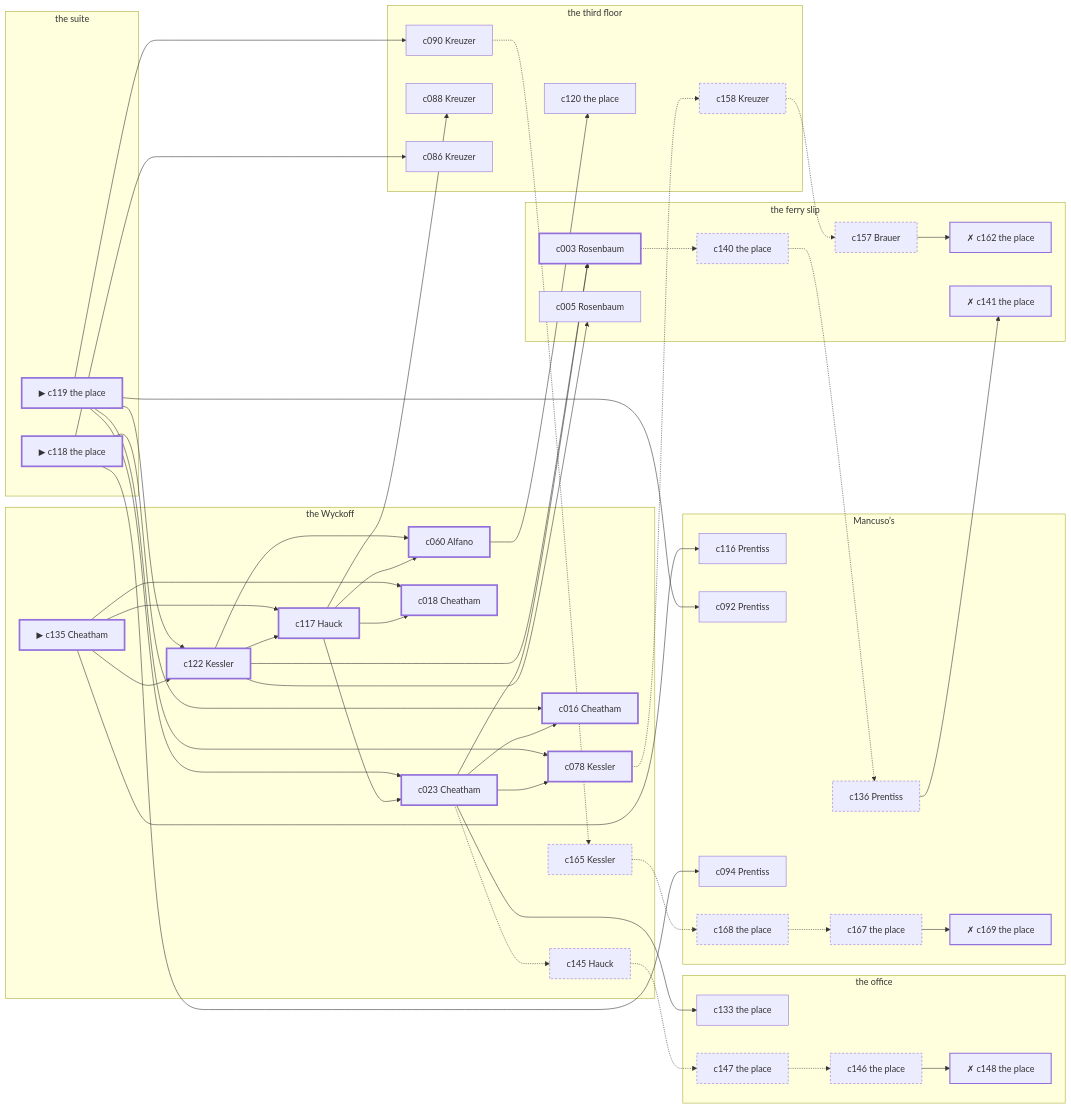
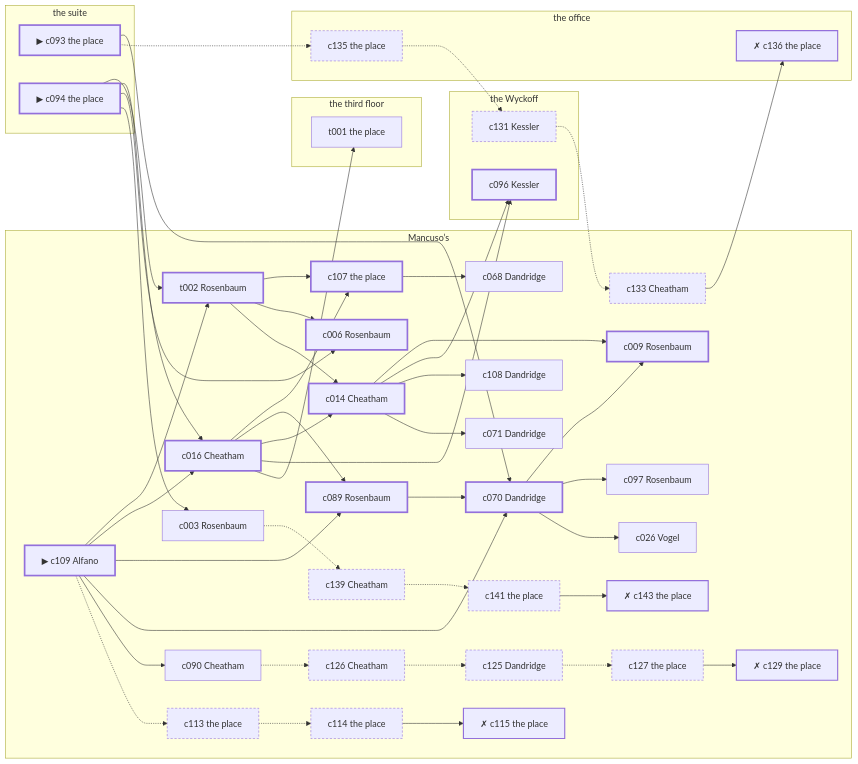
The diagram in docs/samples/case-4.md (lyamshin/dashiell), drawn with Mermaid before and after one commit. The commit also changed other lines of this file and 110 other files, not shown here.

````diff
--- a/docs/samples/case-4.md
+++ b/docs/samples/case-4.md
@@ -317,96 +676,96 @@
 ```mermaid
 graph LR
   subgraph P1["the office"]
-    c133["c133 the place"]
-    c147["c147 the place"]
-    c146["c146 the place"]
-    c148["✗ c148 the place"]
+    c135["c135 the place"]
+    c136["✗ c136 the place"]
   end
   subgraph P2["the Wyckoff"]
-    c135["▶ c135 Cheatham"]
-    c122["c122 Kessler"]
-    c117["c117 Hauck"]
-    c023["c023 Cheatham"]
-    c016["c016 Cheatham"]
-    c018["c018 Cheatham"]
-    c060["c060 Alfano"]
-    c078["c078 Kessler"]
-    c145["c145 Hauck"]
-    c165["c165 Kessler"]
+    c096["c096 Kessler"]
+    c131["c131 Kessler"]
   end
   subgraph P3["the third floor"]
-    c120["c120 the place"]
-    c090["c090 Kreuzer"]
-    c088["c088 Kreuzer"]
-    c086["c086 Kreuzer"]
-    c158["c158 Kreuzer"]
+    t001["t001 the place"]
   end
-  subgraph P4["the ferry slip"]
+  subgraph P4["the suite"]
+    c093["▶ c093 the place"]
+    c094["▶ c094 the place"]
+  end
+  subgraph P5["Mancuso’s"]
+    c109["▶ c109 Alfano"]
+    t002["t002 Rosenbaum"]
+    c016["c016 Cheatham"]
+    c107["c107 the place"]
+    c006["c006 Rosenbaum"]
+    c089["c089 Rosenbaum"]
+    c014["c014 Cheatham"]
+    c070["c070 Dandridge"]
+    c009["c009 Rosenbaum"]
+    c097["c097 Rosenbaum"]
+    c108["c108 Dandridge"]
+    c090["c090 Cheatham"]
+    c026["c026 Vogel"]
+    c068["c068 Dandridge"]
     c003["c003 Rosenbaum"]
-    c005["c005 Rosenbaum"]
-    c157["c157 Brauer"]
-    c162["✗ c162 the place"]
-    c140["c140 the place"]
-    c141["✗ c141 the place"]
+    c071["c071 Dandridge"]
+    c126["c126 Cheatham"]
+    c125["c125 Dandridge"]
+    c127["c127 the place"]
+    c129["✗ c129 the place"]
+    c133["c133 Cheatham"]
+    c113["c113 the place"]
+    c114["c114 the place"]
+    c115["✗ c115 the place"]
+    c139["c139 Cheatham"]
+    c141["c141 the place"]
+    c143["✗ c143 the place"]
   end
-  subgraph P5["the suite"]
-    c118["▶ c118 the place"]
-    c119["▶ c119 the place"]
-  end
-  subgraph P6["Mancuso’s"]
-    c116["c116 Prentiss"]
-    c092["c092 Prentiss"]
-    c094["c094 Prentiss"]
-    c168["c168 the place"]
-    c167["c167 the place"]
-    c169["✗ c169 the place"]
-    c136["c136 Prentiss"]
-  end
-  c118 --> c016
-  c118 --> c094
-  c118 --> c086
-  c119 --> c122
-  c119 --> c023
-  c119 --> c078
-  c119 --> c090
-  c119 --> c092
-  c135 --> c122
-  c135 --> c117
-  c135 --> c018
-  c135 --> c116
-  c122 --> c117
-  c122 --> c060
-  c122 --> c003
-  c122 --> c005
-  c117 --> c023
-  c117 --> c018
-  c117 --> c060
-  c117 --> c088
-  c023 --> c016
-  c023 --> c078
-  c023 --> c003
-  c023 --> c133
-  c023 -.-> c145
-  c060 --> c120
-  c078 -.-> c158
-  c003 -.-> c140
-  c090 -.-> c165
-  c145 -.-> c147
-  c147 -.-> c146
-  c146 --> c148
-  c165 -.-> c168
-  c168 -.-> c167
-  c167 --> c169
-  c158 -.-> c157
-  c157 --> c162
-  c140 -.-> c136
-  c136 --> c141
+  c093 --> c070
+  c093 -.-> c135
+  c094 --> t002
+  c094 --> c016
+  c094 --> c006
+  c094 --> c003
+  c109 --> t002
+  c109 --> c016
+  c109 --> c089
+  c109 --> c070
+  c109 --> c090
+  c109 -.-> c113
+  t002 --> c107
+  t002 --> c006
+  t002 --> c014
+  c016 --> c107
+  c016 --> c089
+  c016 --> c014
+  c016 --> c096
+  c016 --> t001
+  c107 --> c068
+  c089 --> c070
+  c014 --> c009
+  c014 --> c096
+  c014 --> c108
+  c014 --> c071
+  c070 --> c009
+  c070 --> c097
+  c070 --> c026
+  c090 -.-> c126
+  c003 -.-> c139
+  c126 -.-> c125
+  c125 -.-> c127
+  c127 --> c129
+  c135 -.-> c131
+  c131 -.-> c133
+  c133 --> c136
+  c113 -.-> c114
+  c114 --> c115
+  c139 -.-> c141
+  c141 --> c143
   classDef spine stroke-width:3px;
   classDef corrob stroke-width:1px;
   classDef noise stroke-dasharray: 4 3;
   classDef disq stroke-width:2px,stroke-dasharray: 1 0;
-  class c118,c119,c135,c122,c117,c023,c016,c018,c060,c078,c003 spine;
-  class c133,c120,c116,c090,c088,c092,c094,c005,c086 corrob;
-  class c145,c147,c146,c165,c168,c167,c158,c157,c140,c136 noise;
-  class c148,c169,c162,c141 disq;
+  class c093,c094,c109,t002,c016,c107,c006,c089,c014,c070,c009,c096 spine;
+  class t001,c097,c108,c090,c026,c068,c003,c071 corrob;
+  class c126,c125,c127,c135,c131,c133,c113,c114,c139,c141 noise;
+  class c129,c136,c115,c143 disq;
 ```
````
